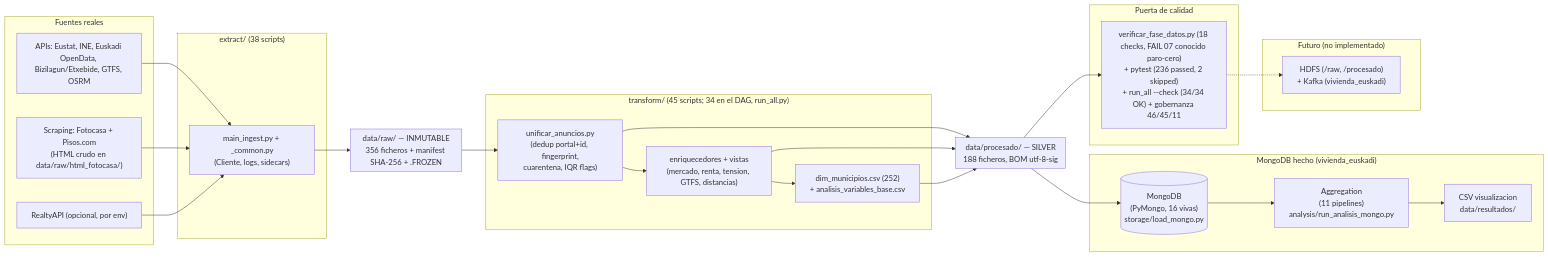
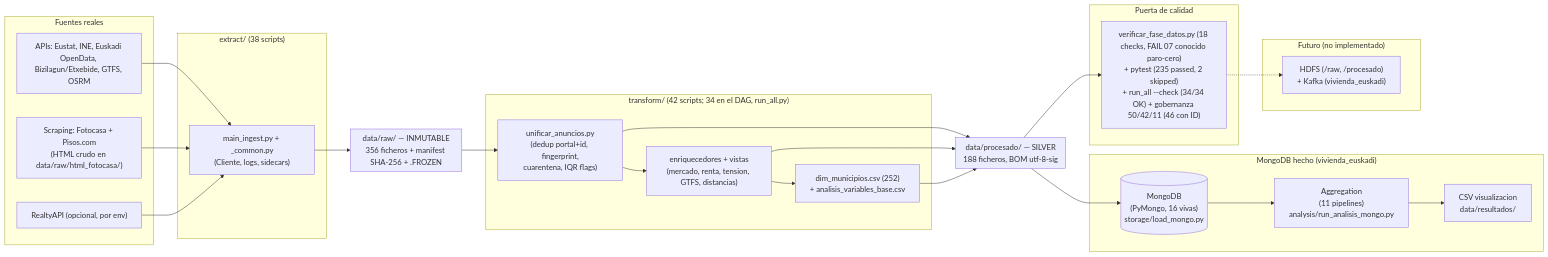
Before and after one commit to mikelrh-dev/bigdata-vivienda-euskadi: the diagram in docs/arquitectura_datos.md, drawn with Mermaid. The commit also changed other lines of this file and 37 other files, not shown here.

````diff
--- a/docs/arquitectura_datos.md
+++ b/docs/arquitectura_datos.md
@@ -6,45 +6,45 @@
 ```mermaid
 flowchart LR
     subgraph Fuentes["Fuentes reales"]
         API["APIs: Eustat, INE, Euskadi OpenData, Bizilagun/Etxebide, GTFS, OSRM"]
         SCR["Scraping: Fotocasa + Pisos.com\n(HTML crudo en data/raw/html_fotocasa/)"]
         OPT["RealtyAPI (opcional, por env)"]
     end
     subgraph Extract["extract/ (38 scripts)"]
         ING["main_ingest.py + _common.py\n(Cliente, logs, sidecars)"]
     end
     subgraph RAW["data/raw/ — INMUTABLE\n356 ficheros + manifest SHA-256 + .FROZEN"]
     end
-    subgraph Transform["transform/ (45 scripts; 34 en el DAG, run_all.py)"]
+    subgraph Transform["transform/ (42 scripts; 34 en el DAG, run_all.py)"]
         UNI["unificar_anuncios.py\n(dedup portal+id, fingerprint,\ncuarentena, IQR flags)"]
         ENR["enriquecedores + vistas\n(mercado, renta, tension, GTFS, distancias)"]
         DIM["dim_municipios.csv (252)\n+ analisis_variables_base.csv"]
     end
     subgraph Silver["data/procesado/ — SILVER\n188 ficheros, BOM utf-8-sig"]
     end
     subgraph QA["Puerta de calidad"]
-        GATE["verificar_fase_datos.py (18 checks, FAIL 07 conocido paro-cero)\n+ pytest (236 passed, 2 skipped)\n+ run_all --check (34/34 OK) + gobernanza 46/45/11"]
+        GATE["verificar_fase_datos.py (18 checks, FAIL 07 conocido paro-cero)\n+ pytest (235 passed, 2 skipped)\n+ run_all --check (34/34 OK) + gobernanza 50/42/11 (46 con ID)"]
     end
     subgraph Mongo["MongoDB hecho (vivienda_euskadi)"]
         MONGO[("MongoDB\n(PyMongo, 16 vivas)\nstorage/load_mongo.py")]
         AGG["Aggregation\n(11 pipelines)\nanalysis/run_analisis_mongo.py"]
         CSV["CSV visualizacion\ndata/resultados/"]
     end
     subgraph Futuro["Futuro (no implementado)"]
         HK["HDFS (/raw, /procesado)\n+ Kafka (vivienda_euskadi)"]
     end
     API --> ING
     SCR --> ING
     OPT --> ING
     ING --> RAW
     RAW --> UNI
     UNI --> ENR
     ENR --> DIM
     UNI --> Silver
     ENR --> Silver
     DIM --> Silver
     Silver --> GATE
     Silver --> MONGO
     MONGO --> AGG --> CSV
     GATE -.-> HK
 ```
````
